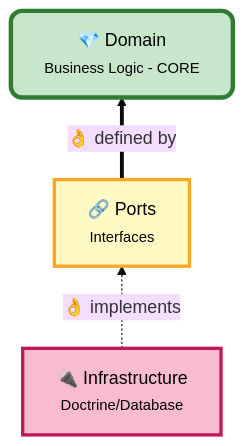
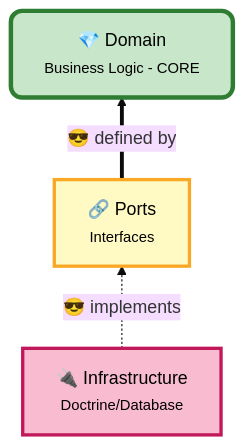
The second of 4 diagrams in WHY-HEXAGONAL.md (ahmed-bhs/hexagonal-maker-bundle), drawn with Mermaid before and after one commit. The commit also changed other lines of this file and 5 other files, not shown here.

````diff
--- a/WHY-HEXAGONAL.md
+++ b/WHY-HEXAGONAL.md
@@ -166,14 +166,14 @@
 ```mermaid
 %%{init: {'theme':'base', 'themeVariables': { 'fontSize':'16px'}}}%%
 graph BT
     C["🔌 Infrastructure<br/><small>Doctrine/Database</small>"]
     B["🔗 Ports<br/><small>Interfaces</small>"]
     A["💎 Domain<br/><small>Business Logic - CORE</small>"]
 
-    C -.->|"👌 implements"| B
-    B ==>|"👌 defined by"| A
+    C -.->|"😎 implements"| B
+    B ==>|"😎 defined by"| A
 
     style A fill:#C8E6C9,stroke:#2E7D32,stroke-width:4px,color:#000,rx:10,ry:10
     style B fill:#FFF9C4,stroke:#F9A825,stroke-width:3px,color:#000
     style C fill:#F8BBD0,stroke:#C2185B,stroke-width:3px,color:#000
 ```
````
